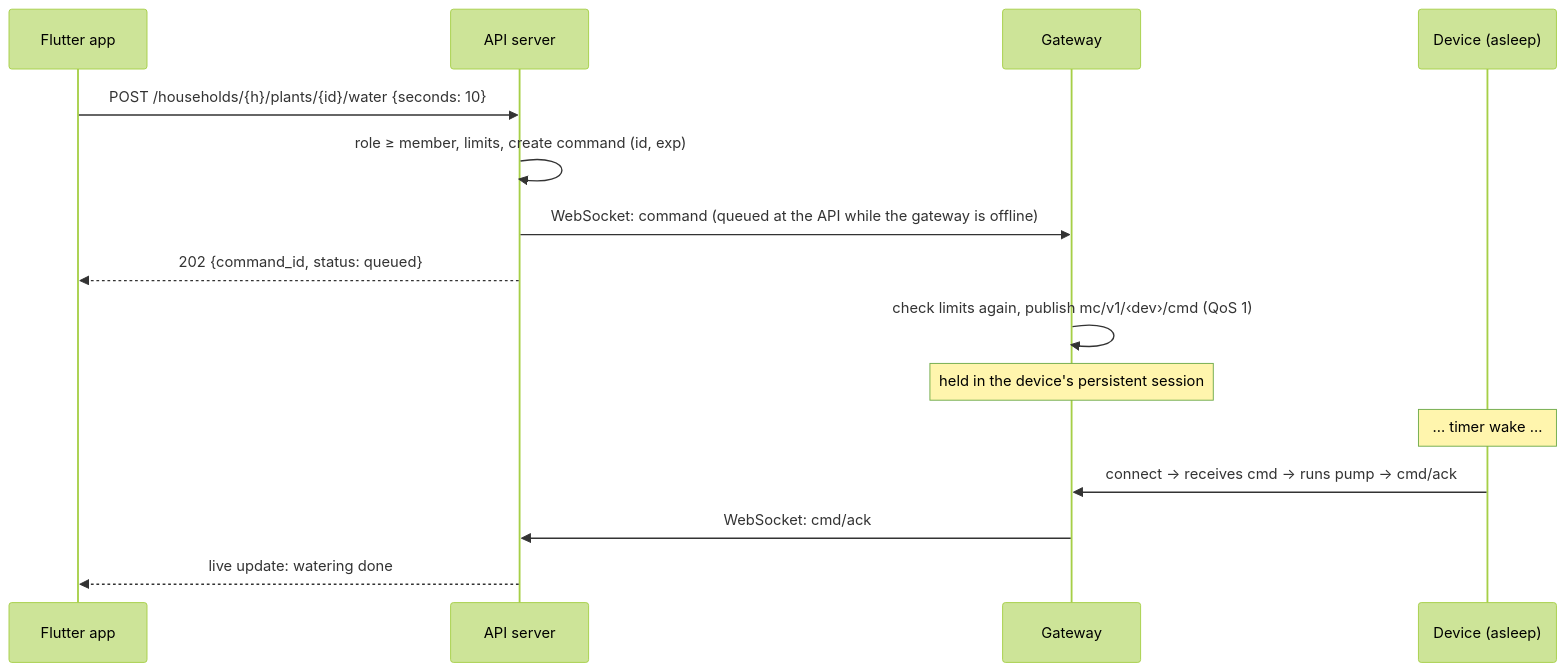
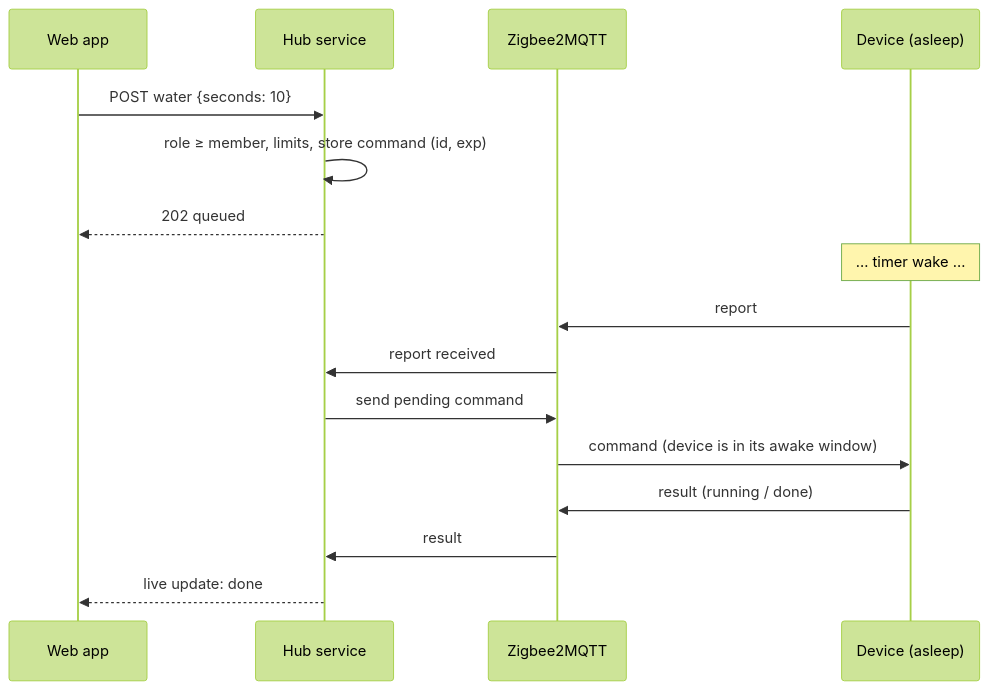
Before and after one commit to Hansom17/MoistureController: the sixth of 8 diagrams in PROJECT.md, drawn with Mermaid (forest theme). The commit also changed other lines of this file and 504 other files, not shown here.

First line of the commit message:
Restructure into PlantModule/Gateway/Server/App and rewrite specs for the Zigbee hub design

````diff
--- a/PROJECT.md
+++ b/PROJECT.md
@@ -411,18 +263,19 @@
 ```mermaid
 sequenceDiagram
-    participant App as Flutter app
-    participant API as API server
-    participant GW as Gateway
+    participant App as Web app
+    participant Hub as Hub service
+    participant Z as Zigbee2MQTT
     participant Dev as Device (asleep)
 
-    App->>API: POST /households/{h}/plants/{id}/water {seconds: 10}
-    API->>API: role ≥ member, limits, create command (id, exp)
-    API->>GW: WebSocket: command (queued at the API while the gateway is offline)
-    API-->>App: 202 {command_id, status: queued}
-    GW->>GW: check limits again, publish mc/v1/‹dev›/cmd (QoS 1)
-    Note over GW: held in the device's persistent session
+    App->>Hub: POST water {seconds: 10}
+    Hub->>Hub: role ≥ member, limits, store command (id, exp)
+    Hub-->>App: 202 queued
     Note over Dev: … timer wake …
-    Dev->>GW: connect → receives cmd → runs pump → cmd/ack
-    GW->>API: WebSocket: cmd/ack
-    API-->>App: live update: watering done
+    Dev->>Z: report
+    Z->>Hub: report received
+    Hub->>Z: send pending command
+    Z->>Dev: command (device is in its awake window)
+    Dev->>Z: result (running / done)
+    Z->>Hub: result
+    Hub-->>App: live update: done
 ```
````
